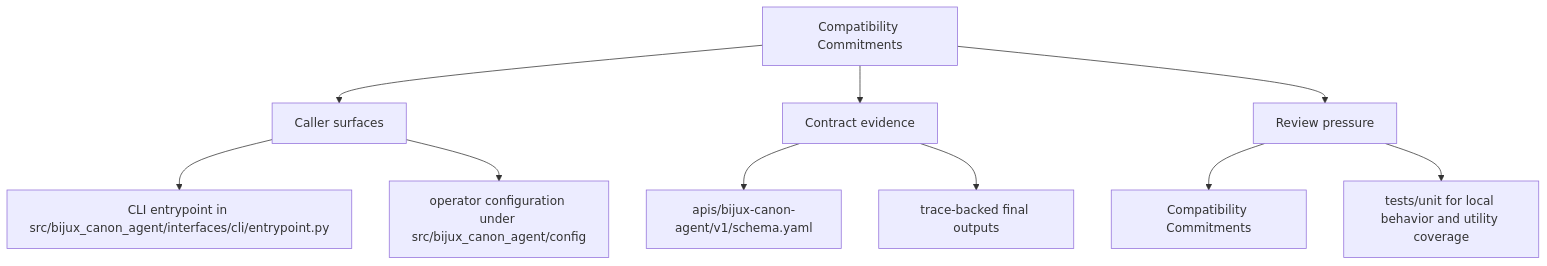
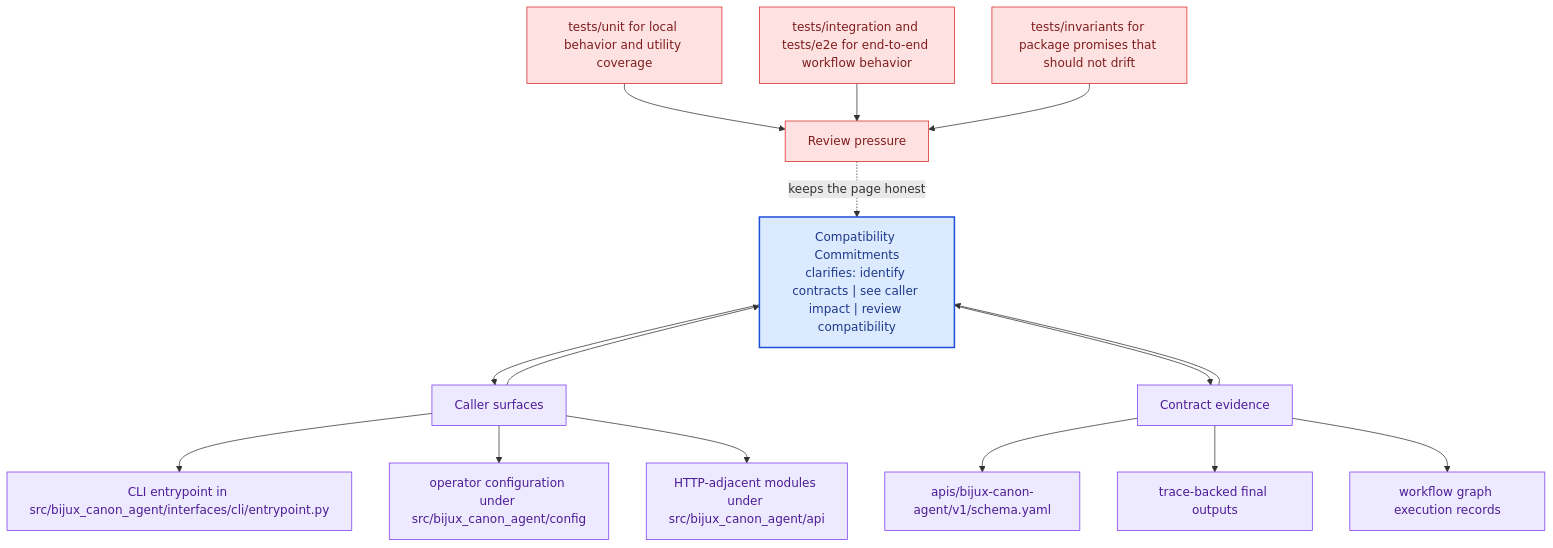
One commit to bijux/bijux-canon changed the second of 2 diagrams in docs/bijux-canon-agent/interfaces/compatibility-commitments.md. Above: the diagram before and after it, drawn with Mermaid. The commit also changed other lines of this file and 281 other files, not shown here.

Commit message:
docs(diagrams): deepen handbook mermaid maps across the catalog

````diff
--- a/docs/bijux-canon-agent/interfaces/compatibility-commitments.md
+++ b/docs/bijux-canon-agent/interfaces/compatibility-commitments.md
@@ -35,22 +68,41 @@
 ```mermaid
-flowchart TD
-    page["Compatibility Commitments"]
+flowchart TB
+    promise["Compatibility Commitments<br/>clarifies: identify contracts | see caller impact | review compatibility"]
+    classDef promise fill:#dbeafe,stroke:#1d4ed8,color:#1e3a8a,stroke-width:2px;
+    classDef driver fill:#dcfce7,stroke:#16a34a,color:#14532d;
+    classDef constraint fill:#fee2e2,stroke:#dc2626,color:#7f1d1d;
+    classDef ground fill:#ede9fe,stroke:#7c3aed,color:#4c1d95;
     focus1["Caller surfaces"]
-    page --> focus1
+    focus1 --> promise
+    promise --> focus1
     focus1_1["CLI entrypoint in src/bijux_canon_agent/interfaces/cli/entrypoint.py"]
     focus1 --> focus1_1
     focus1_2["operator configuration under src/bijux_canon_agent/config"]
     focus1 --> focus1_2
+    focus1_3["HTTP-adjacent modules under src/bijux_canon_agent/api"]
+    focus1 --> focus1_3
+    class focus1 ground;
+    class focus1_1,focus1_2,focus1_3 ground;
     focus2["Contract evidence"]
-    page --> focus2
+    focus2 --> promise
+    promise --> focus2
     focus2_1["apis/bijux-canon-agent/v1/schema.yaml"]
     focus2 --> focus2_1
     focus2_2["trace-backed final outputs"]
     focus2 --> focus2_2
+    focus2_3["workflow graph execution records"]
+    focus2 --> focus2_3
+    class focus2 ground;
+    class focus2_1,focus2_2,focus2_3 ground;
     focus3["Review pressure"]
-    page --> focus3
-    focus3_1["Compatibility Commitments"]
-    focus3 --> focus3_1
-    focus3_2["tests/unit for local behavior and utility coverage"]
-    focus3 --> focus3_2
+    focus3 -.keeps the page honest.-> promise
+    focus3_1["tests/unit for local behavior and utility coverage"]
+    focus3_1 --> focus3
+    focus3_2["tests/integration and tests/e2e for end-to-end workflow behavior"]
+    focus3_2 --> focus3
+    focus3_3["tests/invariants for package promises that should not drift"]
+    focus3_3 --> focus3
+    class focus3 constraint;
+    class focus3_1,focus3_2,focus3_3 constraint;
+    class promise promise;
 ```
````
